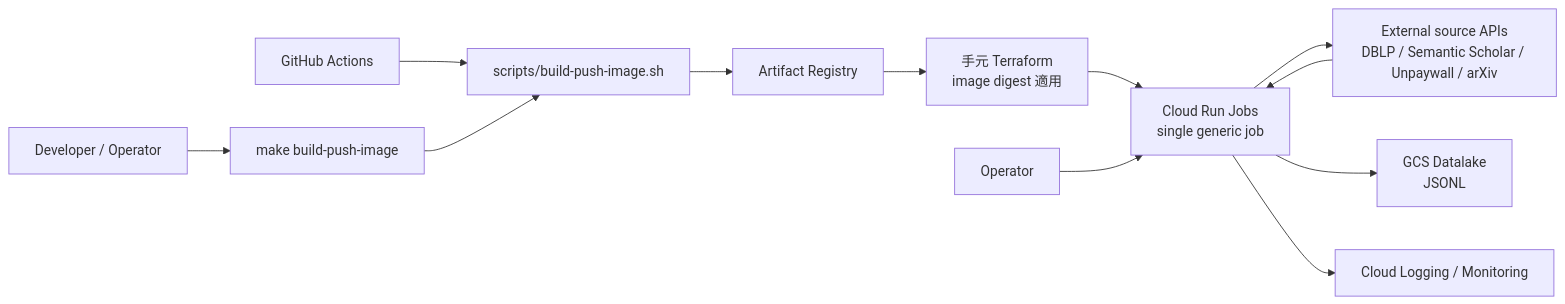
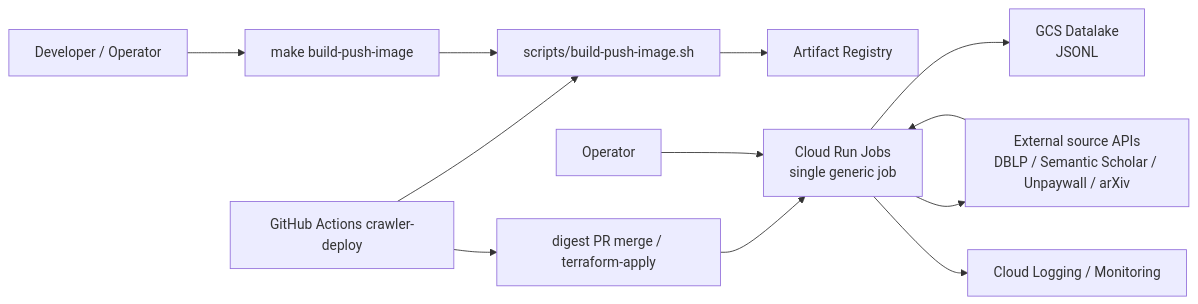
The second of 2 diagrams in workflows/crawler/README.md (haru-256/devgist), drawn with Mermaid before and after one commit. The commit also changed other lines of this file and 7 other files, not shown here.

Commit message:
ci(crawler): crawler-deploy が image digest の infra PR を作る (#93)

````diff
--- a/workflows/crawler/README.md
+++ b/workflows/crawler/README.md
@@ -78,14 +80,14 @@
 ```mermaid
 graph LR
-    GHA[GitHub Actions] --> Script[scripts/build-push-image.sh]
+    GHA[GitHub Actions crawler-deploy] --> Script[scripts/build-push-image.sh]
+    GHA --> DigestPR[digest PR merge / terraform-apply]
     Dev[Developer / Operator] --> Make[make build-push-image]
     Make --> Script
     Script --> AR[Artifact Registry]
-    AR --> TF[手元 Terraform<br/>image digest 適用]
-    TF --> CRJ[Cloud Run Jobs<br/>single generic job]
+    DigestPR --> CRJ[Cloud Run Jobs<br/>single generic job]
     Operator[Operator] --> CRJ
     CRJ --> APIs[External source APIs<br/>DBLP / Semantic Scholar / Unpaywall / arXiv]
     APIs --> CRJ
     CRJ --> GCS[GCS Datalake<br/>JSONL]
     CRJ --> Logs[Cloud Logging / Monitoring]
 ```
````
